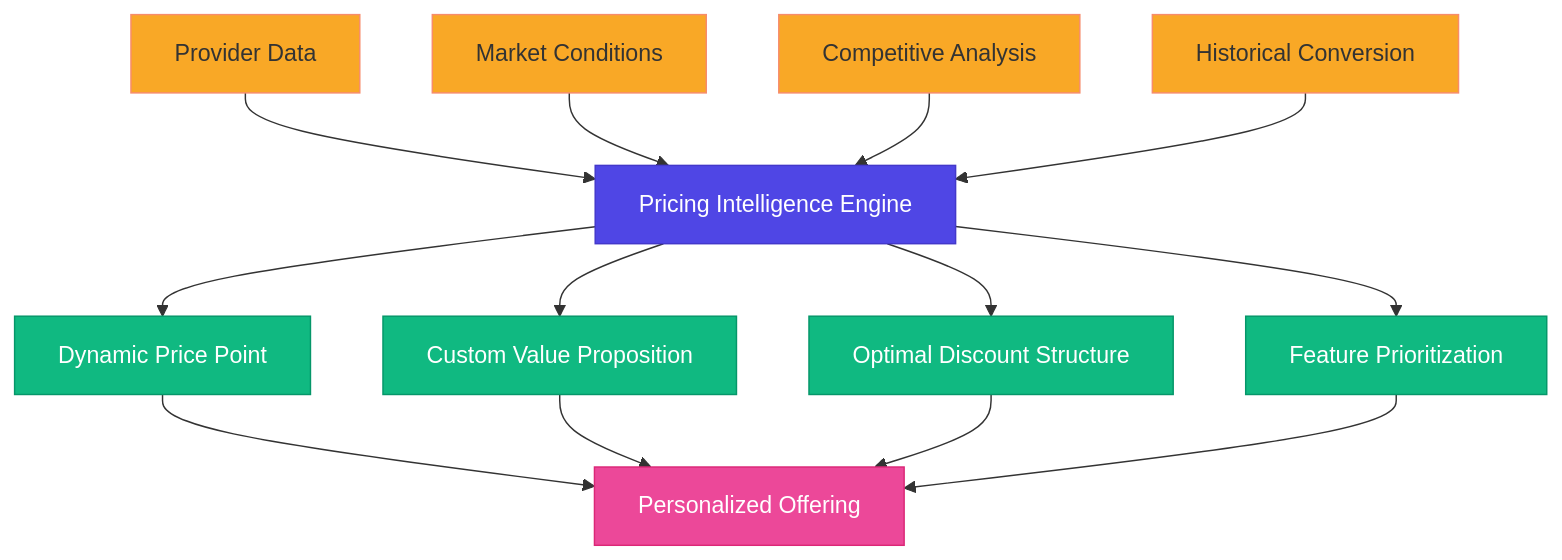
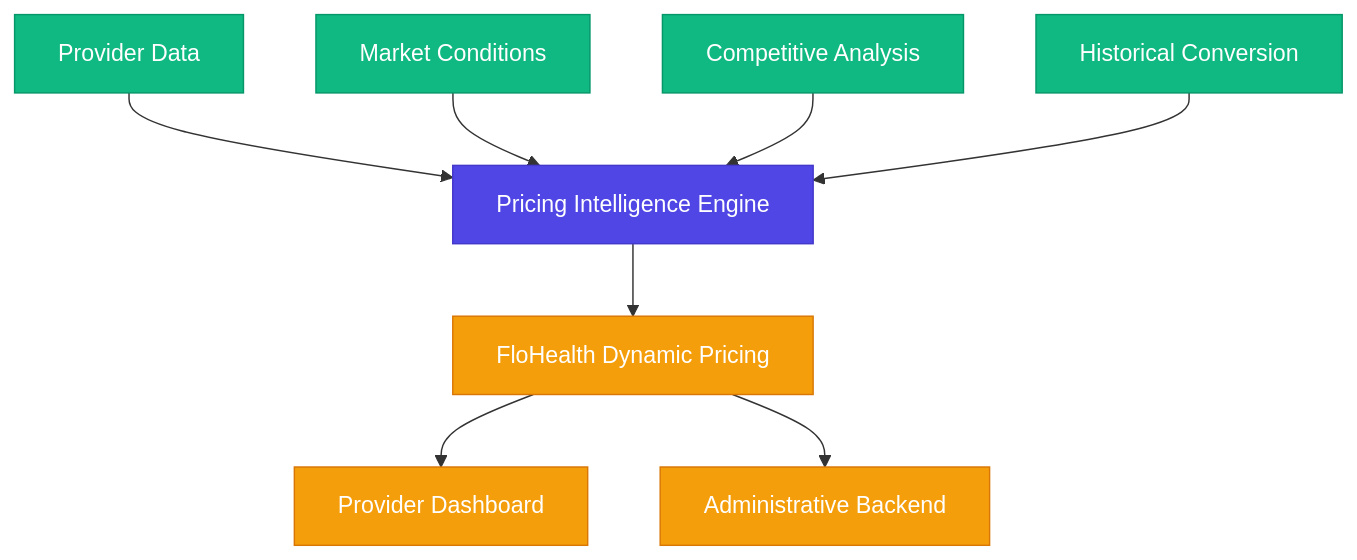
One commit to SquizAI/EHR changed the fourth of 4 diagrams in research/revenue_optimization_research.md. Above: the diagram before and after it, drawn with Mermaid. The commit also changed 15 other files, not shown here.

Commit message:
Update platform to FloHealth with sales-oriented content and fix Mermaid diagrams

````diff
--- a/research/revenue_optimization_research.md
+++ b/research/revenue_optimization_research.md
@@ -190,27 +190,18 @@
 ```mermaid
 flowchart TD
     A[Provider Data] --> B[Pricing Intelligence Engine]
     C[Market Conditions] --> B
     D[Competitive Analysis] --> B
     E[Historical Conversion] --> B
+    B --> F[FloHealth Dynamic Pricing]
+    F --> G[Provider Dashboard]
+    F --> H[Administrative Backend]
     
-    B --> F[Dynamic Price Point]
-    B --> G[Custom Value Proposition]
-    B --> H[Optimal Discount Structure]
-    B --> I[Feature Prioritization]
+    classDef primary fill:#4F46E5,stroke:#4338CA,color:#FFFFFF
+    classDef input fill:#10B981,stroke:#059669,color:#FFFFFF
+    classDef output fill:#F59E0B,stroke:#D97706,color:#FFFFFF
     
-    F --> J[Personalized Offering]
-    G --> J
-    H --> J
-    I --> J
-    
-    classDef inputs fill:#F9A826,stroke:#F78C6C,color:#333
-    classDef engine fill:#4F46E5,stroke:#4338CA,color:#FFFFFF
-    classDef outputs fill:#10B981,stroke:#059669,color:#FFFFFF
-    classDef final fill:#EC4899,stroke:#DB2777,color:#FFFFFF
-    
-    class A,C,D,E inputs
-    class B engine
-    class F,G,H,I outputs
-    class J final
+    class B primary
+    class A,C,D,E input
+    class F,G,H output
 ```
````
